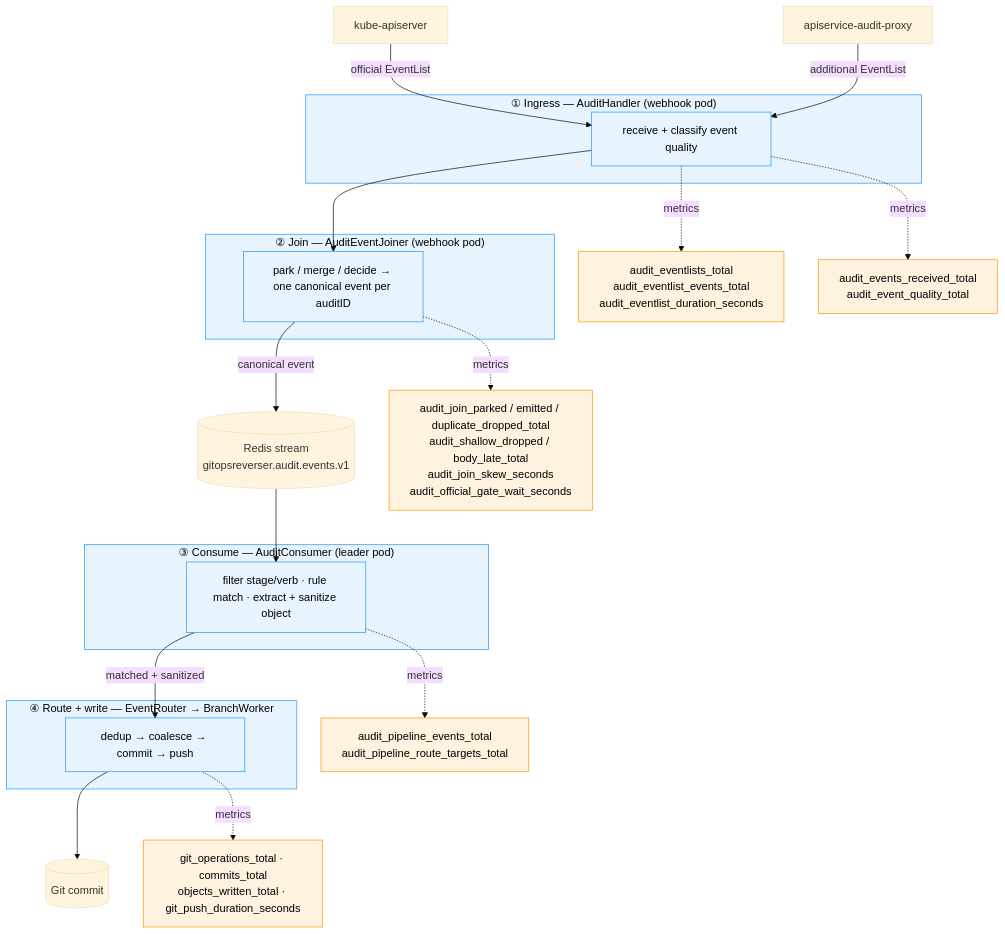
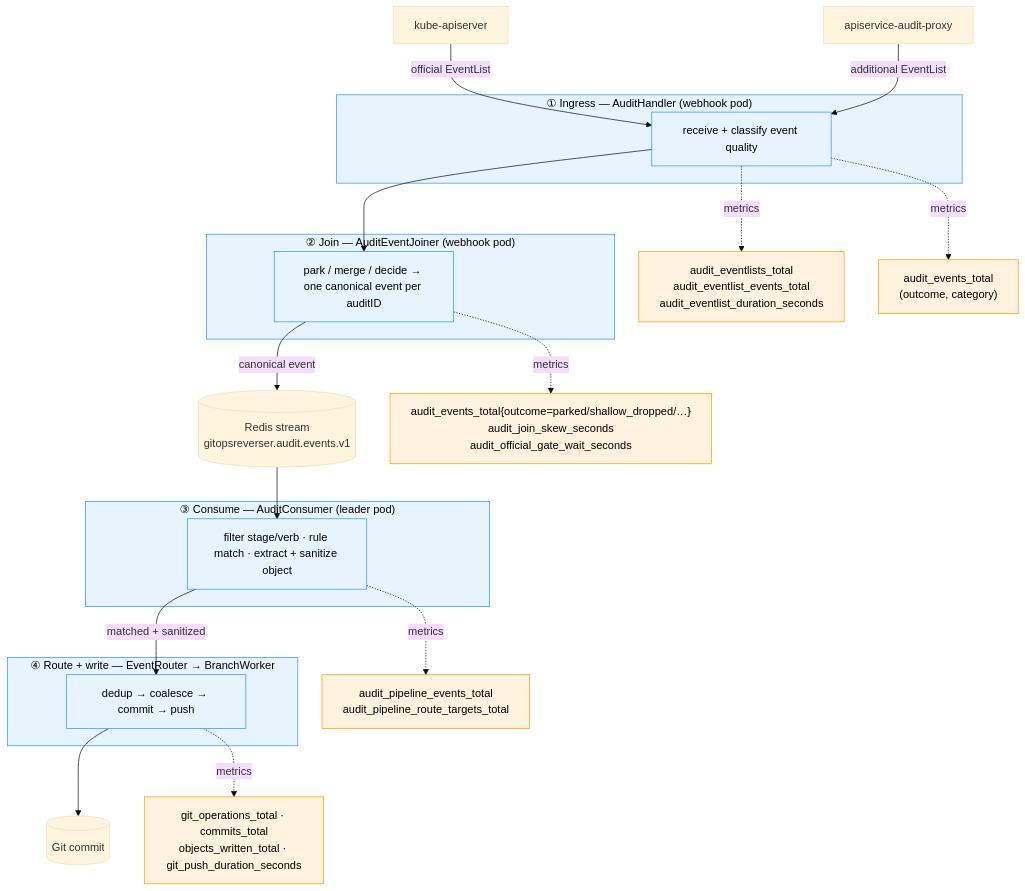
The diagram in docs/interpreting-metrics.md (ConfigButler/gitops-reverser), drawn with Mermaid (base theme) before and after one commit. The commit also changed other lines of this file and 16 other files, not shown here.

Commit message:
chore: better measuring of how audit events are parsed (and why they might be ignored).

````diff
--- a/docs/interpreting-metrics.md
+++ b/docs/interpreting-metrics.md
@@ -62,45 +62,45 @@
 ```mermaid
 flowchart TD
     KAS["kube-apiserver"]
     PROXY["apiservice-audit-proxy"]
 
     subgraph S1["① Ingress — AuditHandler (webhook pod)"]
         WH["receive + classify event quality"]
     end
     subgraph S2["② Join — AuditEventJoiner (webhook pod)"]
         JOIN["park / merge / decide → one canonical event per auditID"]
     end
     STREAM[("Redis stream<br/>gitopsreverser.audit.events.v1")]
     subgraph S3["③ Consume — AuditConsumer (leader pod)"]
         CONS["filter stage/verb · rule match · extract + sanitize object"]
     end
     subgraph S4["④ Route + write — EventRouter → BranchWorker"]
         ROUTE["dedup → coalesce → commit → push"]
     end
     GIT[("Git commit")]
 
     KAS -->|official EventList| WH
     PROXY -->|additional EventList| WH
     WH --> JOIN
     JOIN -->|canonical event| STREAM
     STREAM --> CONS
     CONS -->|matched + sanitized| ROUTE
     ROUTE --> GIT
 
     M0["audit_eventlists_total<br/>audit_eventlist_events_total<br/>audit_eventlist_duration_seconds"]
-    M1["audit_events_received_total<br/>audit_event_quality_total"]
-    M2["audit_join_parked / emitted / duplicate_dropped_total<br/>audit_shallow_dropped / body_late_total<br/>audit_join_skew_seconds<br/>audit_official_gate_wait_seconds"]
+    M1["audit_events_total<br/>(outcome, category)"]
+    M2["audit_events_total{outcome=parked/shallow_dropped/…}<br/>audit_join_skew_seconds<br/>audit_official_gate_wait_seconds"]
     M3["audit_pipeline_events_total<br/>audit_pipeline_route_targets_total"]
     M4["git_operations_total · commits_total<br/>objects_written_total · git_push_duration_seconds"]
 
     WH -. metrics .-> M0
     WH -. metrics .-> M1
     JOIN -. metrics .-> M2
     CONS -. metrics .-> M3
     ROUTE -. metrics .-> M4
 
     classDef metric fill:#fff3e0,stroke:#ff9800,color:#000;
     classDef stage fill:#e8f4fd,stroke:#2196f3,color:#000;
     class M0,M1,M2,M3,M4 metric;
     class WH,JOIN,CONS,ROUTE,S1,S2,S3,S4 stage;
 ```
````
